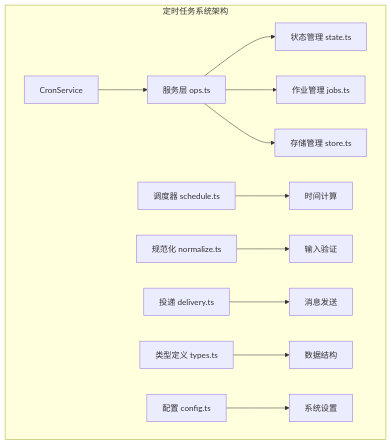
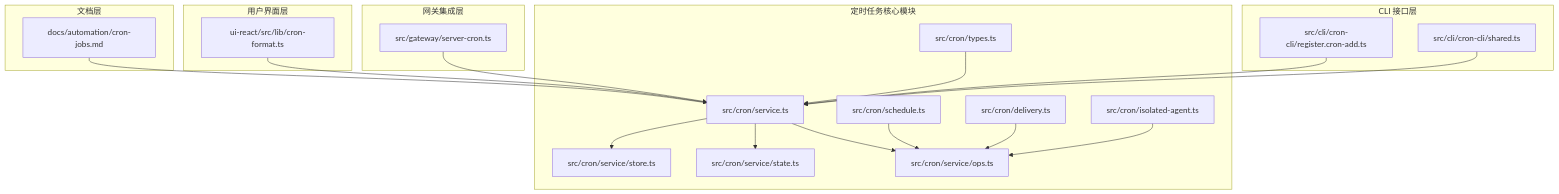
The first of 10 diagrams in .qoder/repowiki/zh/content/Web界面/定时任务管理系统.md (verse-ai-org/openclaw), drawn with Mermaid before and after one commit. The commit also changed other lines of this file and 89 other files, not shown here.

````diff
--- a/.qoder/repowiki/zh/content/Web界面/定时任务管理系统.md
+++ b/.qoder/repowiki/zh/content/Web界面/定时任务管理系统.md
@@ -44,14 +46,30 @@
 ```mermaid
 graph TB
-subgraph "定时任务系统架构"
-A[CronService] --> B[服务层 ops.ts]
-B --> C[状态管理 state.ts]
-B --> D[作业管理 jobs.ts]
-B --> E[存储管理 store.ts]
-F[调度器 schedule.ts] --> G[时间计算]
-H[规范化 normalize.ts] --> I[输入验证]
-J[投递 delivery.ts] --> K[消息发送]
-L[类型定义 types.ts] --> M[数据结构]
-N[配置 config.ts] --> O[系统设置]
+subgraph "定时任务核心模块"
+A[src/cron/service.ts] --> B[src/cron/service/ops.ts]
+A --> C[src/cron/service/state.ts]
+A --> D[src/cron/service/store.ts]
+E[src/cron/types.ts] --> A
+F[src/cron/schedule.ts] --> B
+G[src/cron/delivery.ts] --> B
+H[src/cron/isolated-agent.ts] --> B
 end
+subgraph "CLI 接口层"
+I[src/cli/cron-cli/register.cron-add.ts]
+J[src/cli/cron-cli/shared.ts]
+end
+subgraph "网关集成层"
+K[src/gateway/server-cron.ts]
+end
+subgraph "用户界面层"
+L[ui-react/src/lib/cron-format.ts]
+end
+subgraph "文档层"
+M[docs/automation/cron-jobs.md]
+end
+I --> A
+J --> A
+K --> A
+L --> A
+M --> A
 ```
````
